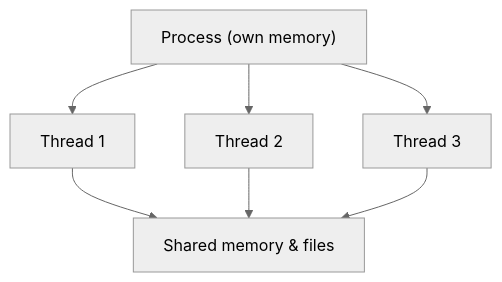
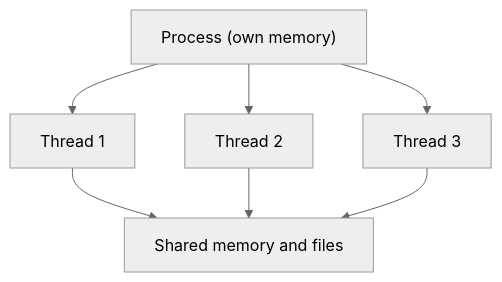
Before and after one commit to Prabakaran-MS/crashCourse: the first of 2 diagrams in Learning/OS-and-Scripting/01-OS-Fundamentals/processes-threads.md, drawn with Mermaid (neutral theme). The commit also changed other lines of this file and 84 other files, not shown here.

````diff
--- a/Learning/OS-and-Scripting/01-OS-Fundamentals/processes-threads.md
+++ b/Learning/OS-and-Scripting/01-OS-Fundamentals/processes-threads.md
@@ -26,9 +26,9 @@
 ```mermaid
 flowchart TD
 	P["Process (own memory)"] --> T1["Thread 1"]
 	P --> T2["Thread 2"]
 	P --> T3["Thread 3"]
-	T1 --> S["Shared memory & files"]
+	T1 --> S["Shared memory and files"]
 	T2 --> S
 	T3 --> S
 ```
````
